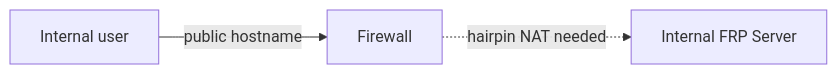
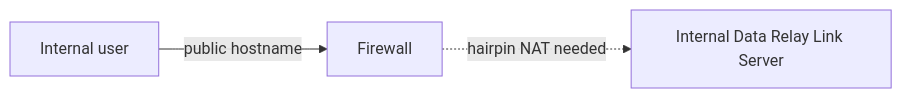
Before and after one commit to datarelay-labs/data-relay-link-docs: the fourth of 4 diagrams in ko/deployment/firewall-nat.mdx, drawn with Mermaid. The commit also changed other lines of this file and 32 other files, not shown here.

````diff
--- a/ko/deployment/firewall-nat.mdx
+++ b/ko/deployment/firewall-nat.mdx
@@ -95,5 +95,5 @@
 ```mermaid
 flowchart LR
     I[Internal user] -->|public hostname| F[Firewall]
-    F -. hairpin NAT needed .-> S[Internal FRP Server]
+    F -. hairpin NAT needed .-> S[Internal Data Relay Link Server]
 ```
````
